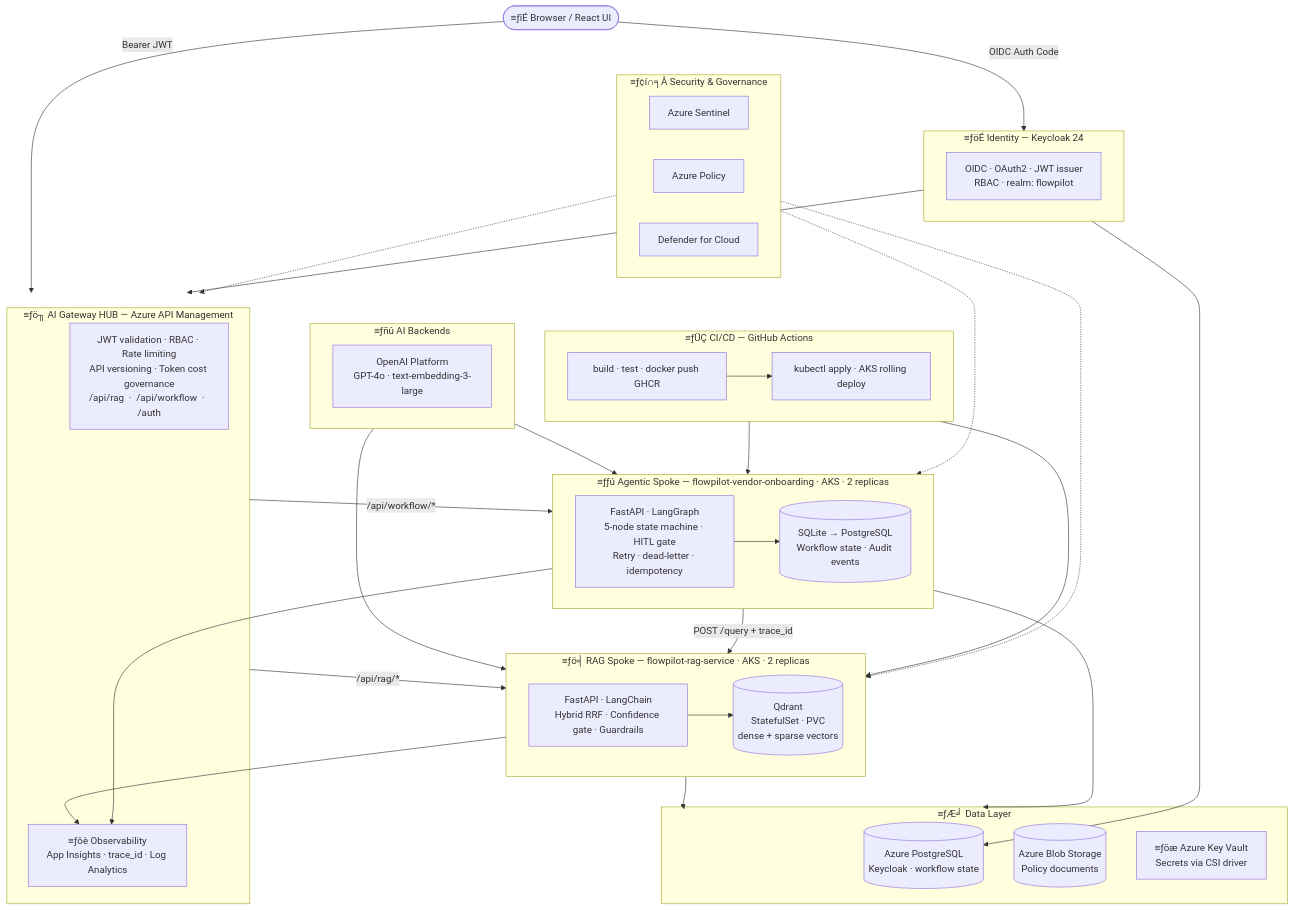
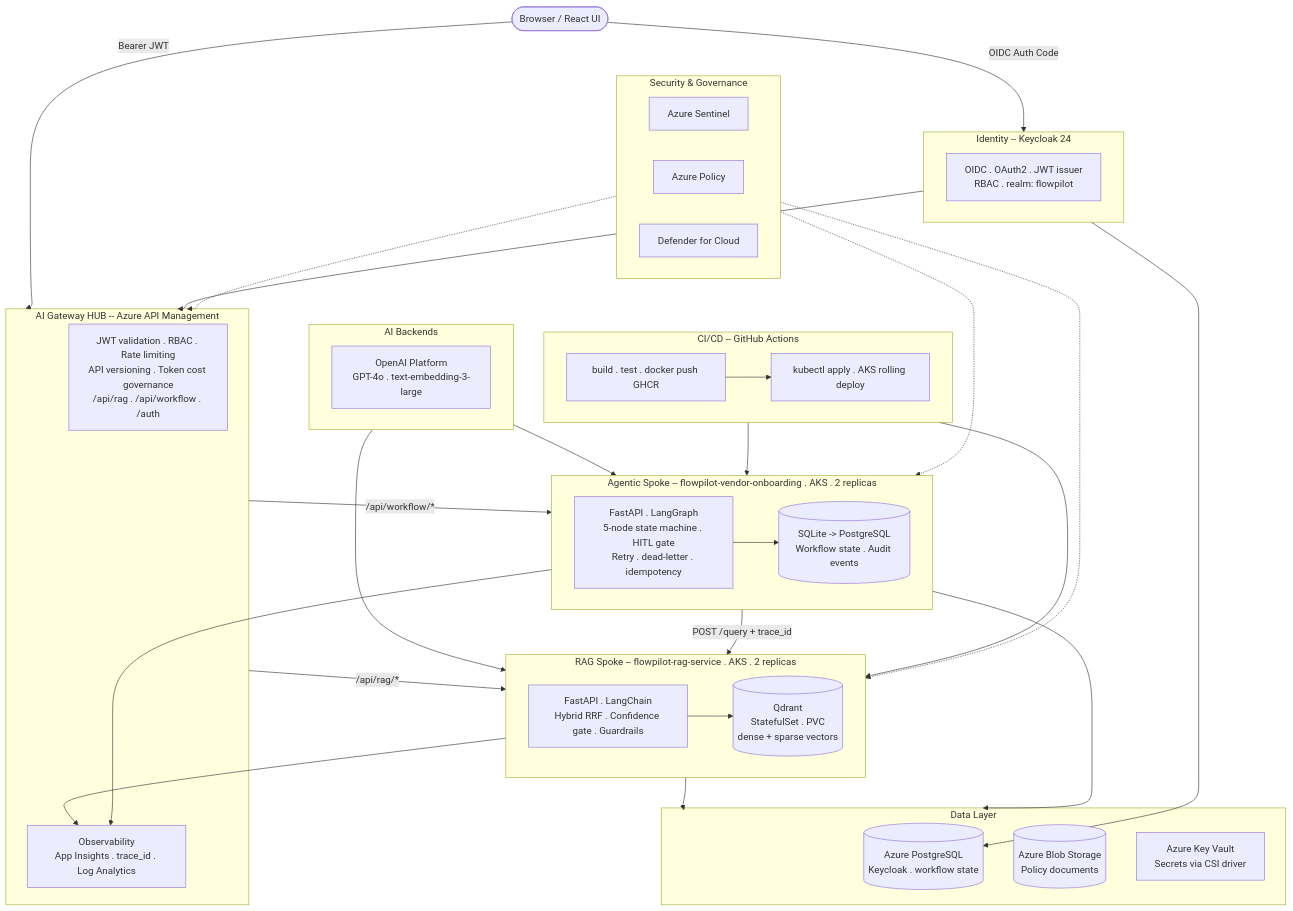
The second of 4 diagrams in README.md (nitindra-soekhai/flowpilot-docs), drawn with Mermaid before and after one commit. The commit also changed other lines of this file, not shown here.

````diff
--- a/README.md
+++ b/README.md
@@ -203,72 +203,72 @@
 ```mermaid
 flowchart TB
-    Browser(["≡ƒîÉ Browser / React UI"])
+ Browser([" Browser / React UI"])
 
-    subgraph IDENTITY ["≡ƒöÉ Identity — Keycloak 24"]
-        KC["OIDC · OAuth2 · JWT issuer\nRBAC · realm: flowpilot"]
-    end
+ subgraph IDENTITY [" Identity -- Keycloak 24"]
+ KC["OIDC . OAuth2 . JWT issuer\nRBAC . realm: flowpilot"]
+ end
 
-    subgraph AI_BACKENDS ["≡ƒñû AI Backends"]
-        OAI["OpenAI Platform\nGPT-4o · text-embedding-3-large"]
-    end
+ subgraph AI_BACKENDS [" AI Backends"]
+ OAI["OpenAI Platform\nGPT-4o . text-embedding-3-large"]
+ end
 
-    subgraph HUB ["≡ƒö╖ AI Gateway HUB — Azure API Management"]
-        APIM["JWT validation · RBAC · Rate limiting\nAPI versioning · Token cost governance\n/api/rag  ·  /api/workflow  ·  /auth"]
-        OBS["≡ƒôè Observability\nApp Insights · trace_id · Log Analytics"]
-    end
+ subgraph HUB [" AI Gateway HUB -- Azure API Management"]
+ APIM["JWT validation . RBAC . Rate limiting\nAPI versioning . Token cost governance\n/api/rag . /api/workflow . /auth"]
+ OBS[" Observability\nApp Insights . trace_id . Log Analytics"]
+ end
 
-    subgraph RAG_SPOKE ["≡ƒö╡ RAG Spoke — flowpilot-rag-service · AKS · 2 replicas"]
-        RAG["FastAPI · LangChain\nHybrid RRF · Confidence gate · Guardrails"]
-        QD[("Qdrant\nStatefulSet · PVC\ndense + sparse vectors")]
-        RAG --> QD
-    end
+ subgraph RAG_SPOKE [" RAG Spoke -- flowpilot-rag-service . AKS . 2 replicas"]
+ RAG["FastAPI . LangChain\nHybrid RRF . Confidence gate . Guardrails"]
+ QD[("Qdrant\nStatefulSet . PVC\ndense + sparse vectors")]
+ RAG --> QD
+ end
 
-    subgraph AGENT_SPOKE ["≡ƒƒú Agentic Spoke — flowpilot-vendor-onboarding · AKS · 2 replicas"]
-        ONB["FastAPI · LangGraph\n5-node state machine · HITL gate\nRetry · dead-letter · idempotency"]
-        WF[("SQLite → PostgreSQL\nWorkflow state · Audit events")]
-        ONB --> WF
-    end
+ subgraph AGENT_SPOKE [" Agentic Spoke -- flowpilot-vendor-onboarding . AKS . 2 replicas"]
+ ONB["FastAPI . LangGraph\n5-node state machine . HITL gate\nRetry . dead-letter . idempotency"]
+ WF[("SQLite -> PostgreSQL\nWorkflow state . Audit events")]
+ ONB --> WF
+ end
 
-    subgraph DATA ["≡ƒÆ╛ Data Layer"]
-        PG[("Azure PostgreSQL\nKeycloak · workflow state")]
-        BLOB[("Azure Blob Storage\nPolicy documents")]
-        KV["≡ƒöæ Azure Key Vault\nSecrets via CSI driver"]
-    end
+ subgraph DATA [" Data Layer"]
+ PG[("Azure PostgreSQL\nKeycloak . workflow state")]
+ BLOB[("Azure Blob Storage\nPolicy documents")]
+ KV[" Azure Key Vault\nSecrets via CSI driver"]
+ end
 
-    subgraph CICD ["≡ƒÜÇ CI/CD — GitHub Actions"]
-        GHA["build · test · docker push GHCR"]
-        K8S["kubectl apply · AKS rolling deploy"]
-        GHA --> K8S
-    end
+ subgraph CICD [" CI/CD -- GitHub Actions"]
+ GHA["build . test . docker push GHCR"]
+ K8S["kubectl apply . AKS rolling deploy"]
+ GHA --> K8S
+ end
 
-    subgraph SECURITY ["≡ƒ¢í∩╕Å Security & Governance"]
-        SEN["Azure Sentinel"]
-        POL["Azure Policy"]
-        DEF["Defender for Cloud"]
-    end
+ subgraph SECURITY [" Security & Governance"]
+ SEN["Azure Sentinel"]
+ POL["Azure Policy"]
+ DEF["Defender for Cloud"]
+ end
 
-    Browser -- "OIDC Auth Code" --> IDENTITY
-    Browser -- "Bearer JWT" --> HUB
-    IDENTITY --> HUB
-    AI_BACKENDS --> RAG_SPOKE
-    AI_BACKENDS --> AGENT_SPOKE
+ Browser -- "OIDC Auth Code" --> IDENTITY
+ Browser -- "Bearer JWT" --> HUB
+ IDENTITY --> HUB
+ AI_BACKENDS --> RAG_SPOKE
+ AI_BACKENDS --> AGENT_SPOKE
 
-    HUB -- "/api/rag/*" --> RAG_SPOKE
-    HUB -- "/api/workflow/*" --> AGENT_SPOKE
+ HUB -- "/api/rag/*" --> RAG_SPOKE
+ HUB -- "/api/workflow/*" --> AGENT_SPOKE
 
-    AGENT_SPOKE -- "POST /query + trace_id" --> RAG_SPOKE
+ AGENT_SPOKE -- "POST /query + trace_id" --> RAG_SPOKE
 
-    RAG_SPOKE --> DATA
-    AGENT_SPOKE --> DATA
-    IDENTITY --> PG
+ RAG_SPOKE --> DATA
+ AGENT_SPOKE --> DATA
+ IDENTITY --> PG
 
-    RAG_SPOKE --> OBS
-    AGENT_SPOKE --> OBS
+ RAG_SPOKE --> OBS
+ AGENT_SPOKE --> OBS
 
-    CICD --> AGENT_SPOKE
-    CICD --> RAG_SPOKE
+ CICD --> AGENT_SPOKE
+ CICD --> RAG_SPOKE
 
-    SECURITY -.-> HUB
-    SECURITY -.-> RAG_SPOKE
-    SECURITY -.-> AGENT_SPOKE
+ SECURITY -.-> HUB
+ SECURITY -.-> RAG_SPOKE
+ SECURITY -.-> AGENT_SPOKE
 ```
````
